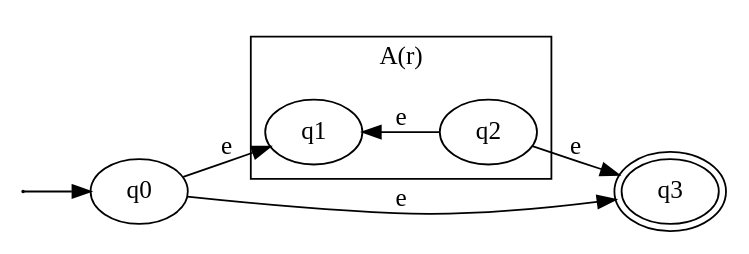
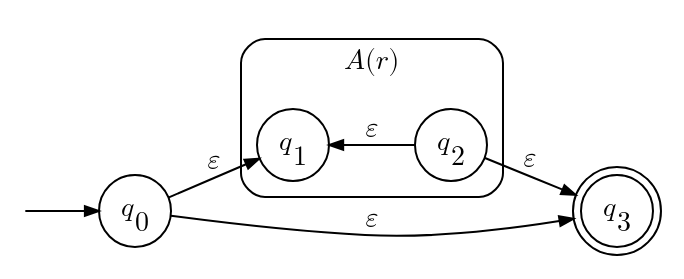
Before and after one commit to karlstroetmann/Formal-Languages: the diagram in Lecture-Notes/Abbildungen/aStar.dot, drawn with Graphviz. The commit also changed other lines of this file and 37 other files, not shown here.

```diff
--- a/Lecture-Notes/Abbildungen/aStar.dot
+++ b/Lecture-Notes/Abbildungen/aStar.dot
@@ -1,17 +1,26 @@
-digraph G {    
+digraph G {
+    // The labels use the font Latin Modern Math (from TeX Live), so they look
+    // like $q_0$, $A(r)$ and $\varepsilon$ in the lecture notes.
     rankdir=LR;
-    size = "5,7";
+    fontname="Latin Modern Math";
+    fontsize=14;
+    node [shape=circle, fixedsize=true, width=0.5,
+          fontname="Latin Modern Math", fontsize=14];
+    edge [fontname="Latin Modern Math", fontsize=14, arrowsize=0.7];
+    1 [shape=none, label="", width=0, height=0];
     1 -> q0;
-    1 [label="",width=0.00001,height=0.00001];
-    q0 -> q1 [fontname=Symbol,label="e"];
-    q2 -> q3 [fontname=Symbol,label="e"];
-    q0 -> q3 [fontname=Symbol,label="e"];
+    q0 [label=<𝑞<SUB>0</SUB>>];
+    q1 [label=<𝑞<SUB>1</SUB>>];
+    q2 [label=<𝑞<SUB>2</SUB>>];
+    q3 [label=<𝑞<SUB>3</SUB>>, shape=doublecircle];
+    q0 -> q1 [label="𝜀"];
+    q2 -> q3 [label="𝜀"];
+    q0 -> q3 [label="𝜀"];
 
-  subgraph cluster0 {
-    label="A(r)"
-    q1 -> q2 [style="invis"];
-  }
-    q2 -> q1 [fontname=Symbol,label="e"];
-
-    q3  [peripheries=2];
+    subgraph cluster0 {
+        label=<𝐴(𝑟)>;
+        style=rounded;
+        q1 -> q2 [style=invis];
+    }
+    q2 -> q1 [label="𝜀"];
 }
```
